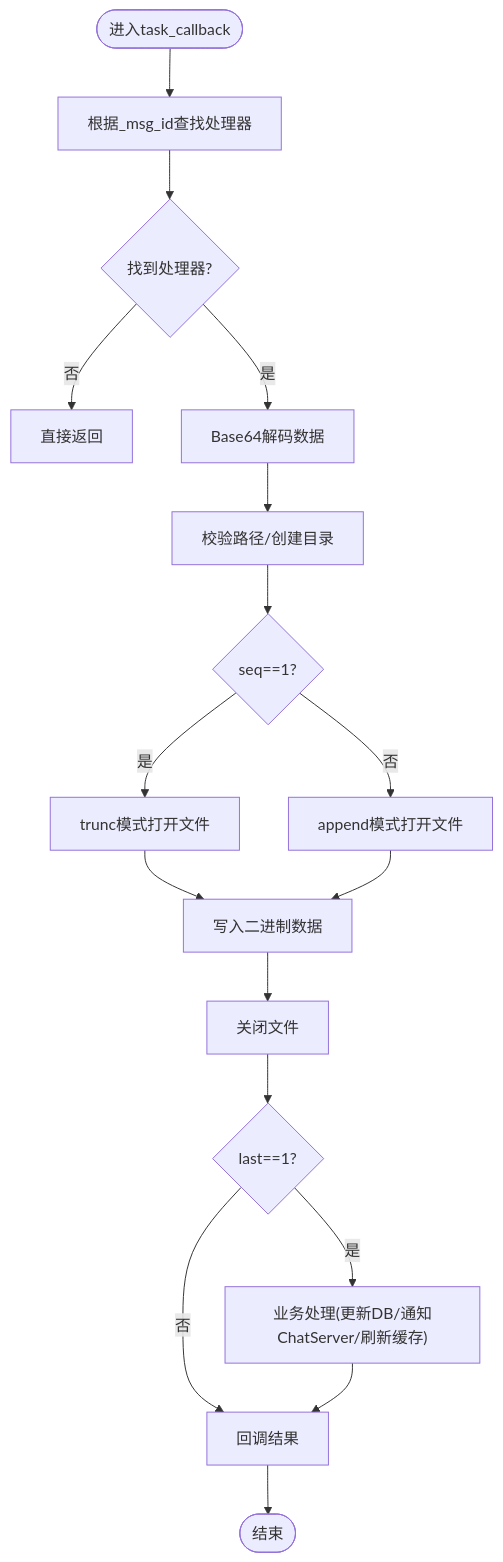
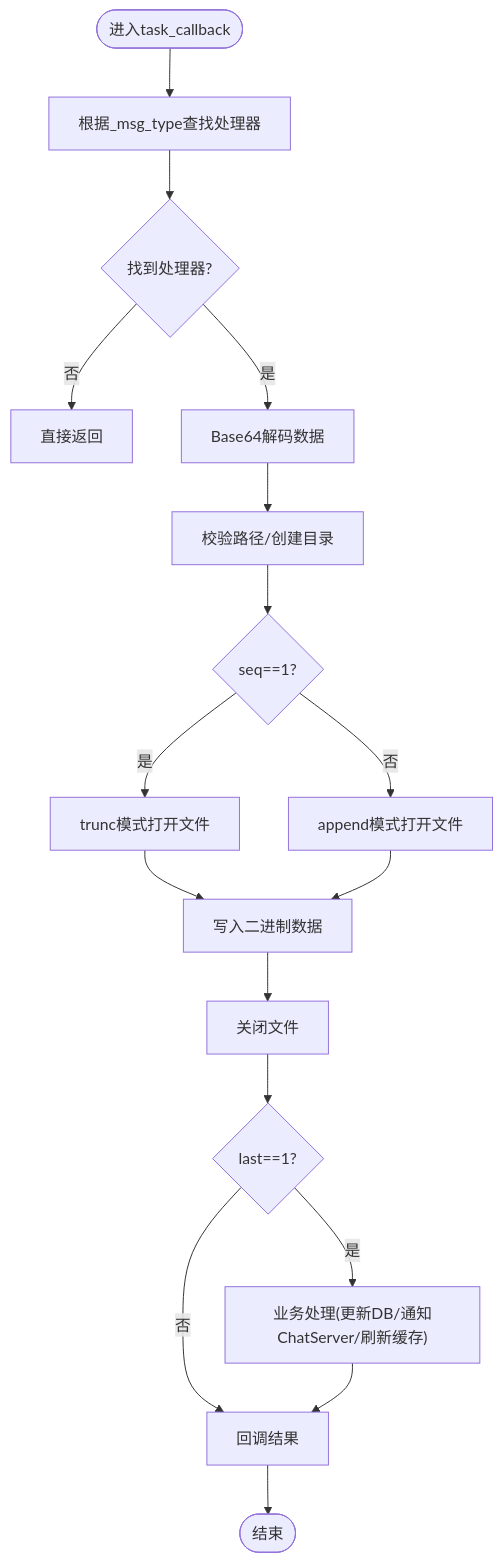
Before and after one commit to echo9923/mychatter: the third of 5 diagrams in .qoder/repowiki/zh/content/服务端开发/ResourceServer资源存储服务/文件异步处理引擎.md, drawn with Mermaid. The commit also changed other lines of this file and 128 other files, not shown here.

````diff
--- a/.qoder/repowiki/zh/content/服务端开发/ResourceServer资源存储服务/文件异步处理引擎.md
+++ b/.qoder/repowiki/zh/content/服务端开发/ResourceServer资源存储服务/文件异步处理引擎.md
@@ -154,19 +154,19 @@
 ```mermaid
 flowchart TD
-Start(["进入task_callback"]) --> Lookup["根据_msg_id查找处理器"]
+Start(["进入task_callback"]) --> Lookup["根据_msg_type查找处理器"]
 Lookup --> Found{"找到处理器?"}
 Found -- 否 --> ReturnErr["直接返回"]
 Found -- 是 --> Decode["Base64解码数据"]
 Decode --> PathCheck["校验路径/创建目录"]
 PathCheck --> OpenMode{"seq==1?"}
 OpenMode -- 是 --> Trunc["trunc模式打开文件"]
 OpenMode -- 否 --> Append["append模式打开文件"]
 Trunc --> Write["写入二进制数据"]
 Append --> Write
 Write --> Close["关闭文件"]
 Close --> Last{"last==1?"}
 Last -- 否 --> Callback["回调结果"]
 Last -- 是 --> Biz["业务处理(更新DB/通知ChatServer/刷新缓存)"]
 Biz --> Callback
 Callback --> End(["结束"])
 ```
````
